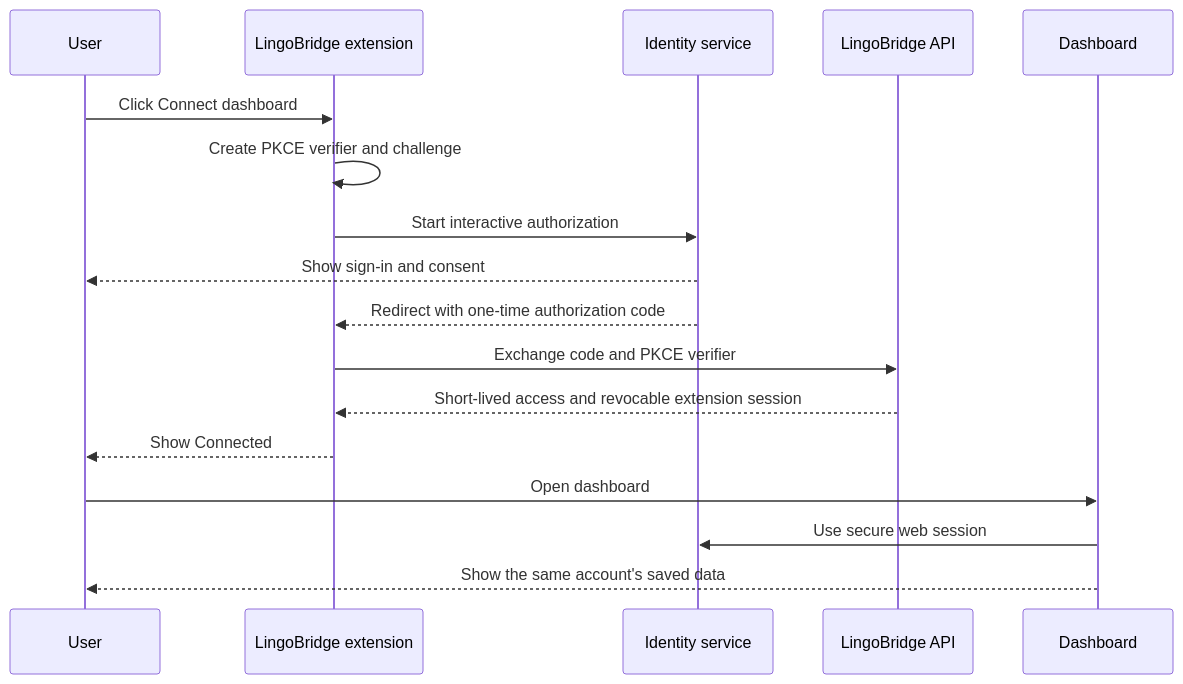
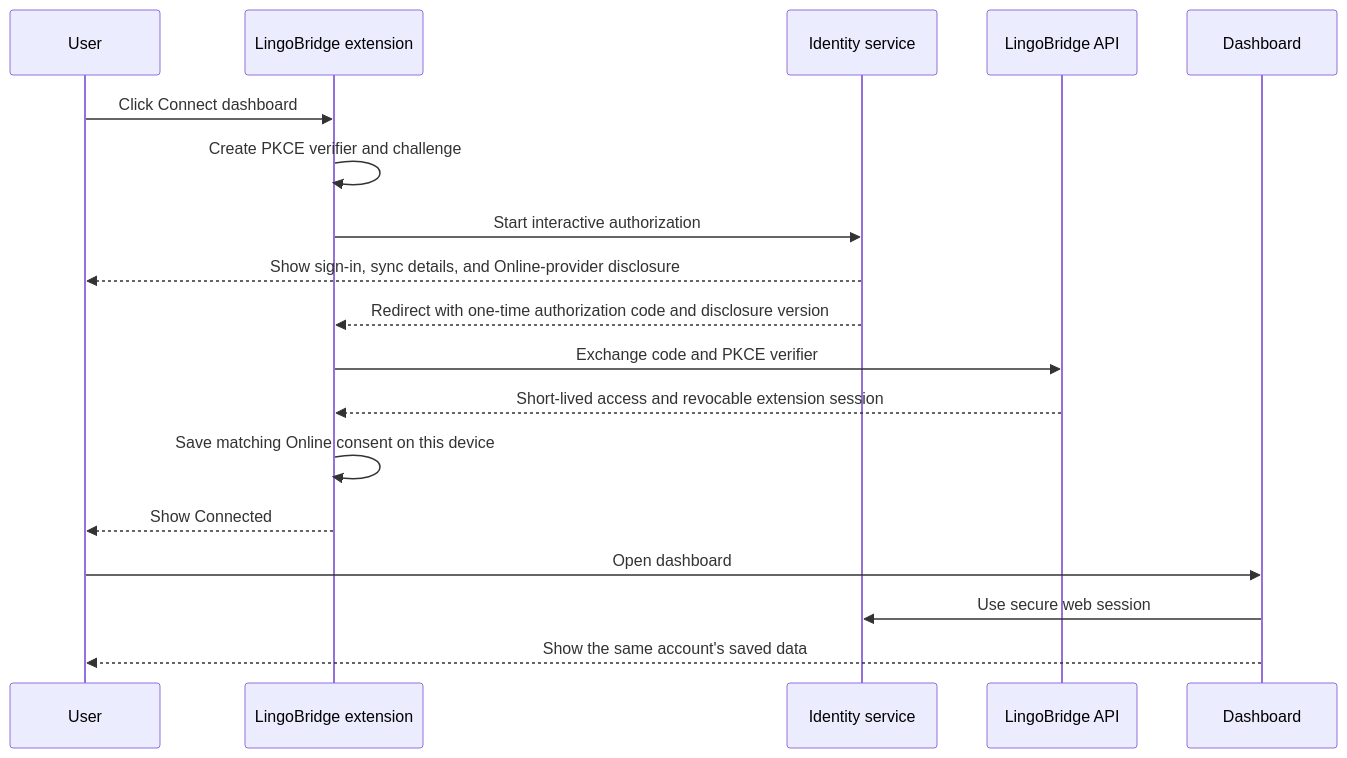
The eighth of 10 diagrams in docs/12-user-and-system-flows.md (budhathoki10/LingoBridge), drawn with Mermaid before and after one commit. The commit also changed other lines of this file and 57 other files, not shown here.

Commit message:
feat: add translation limits, connect-time consent, and account avatar

````diff
--- a/docs/12-user-and-system-flows.md
+++ b/docs/12-user-and-system-flows.md
@@ -236,20 +238,21 @@
 ```mermaid
 sequenceDiagram
     participant U as User
     participant E as LingoBridge extension
     participant I as Identity service
     participant A as LingoBridge API
     participant D as Dashboard
 
     U->>E: Click Connect dashboard
     E->>E: Create PKCE verifier and challenge
     E->>I: Start interactive authorization
-    I-->>U: Show sign-in and consent
-    I-->>E: Redirect with one-time authorization code
+    I-->>U: Show sign-in, sync details, and Online-provider disclosure
+    I-->>E: Redirect with one-time authorization code and disclosure version
     E->>A: Exchange code and PKCE verifier
     A-->>E: Short-lived access and revocable extension session
+    E->>E: Save matching Online consent on this device
     E-->>U: Show Connected
     U->>D: Open dashboard
     D->>I: Use secure web session
     D-->>U: Show the same account's saved data
 ```
````
